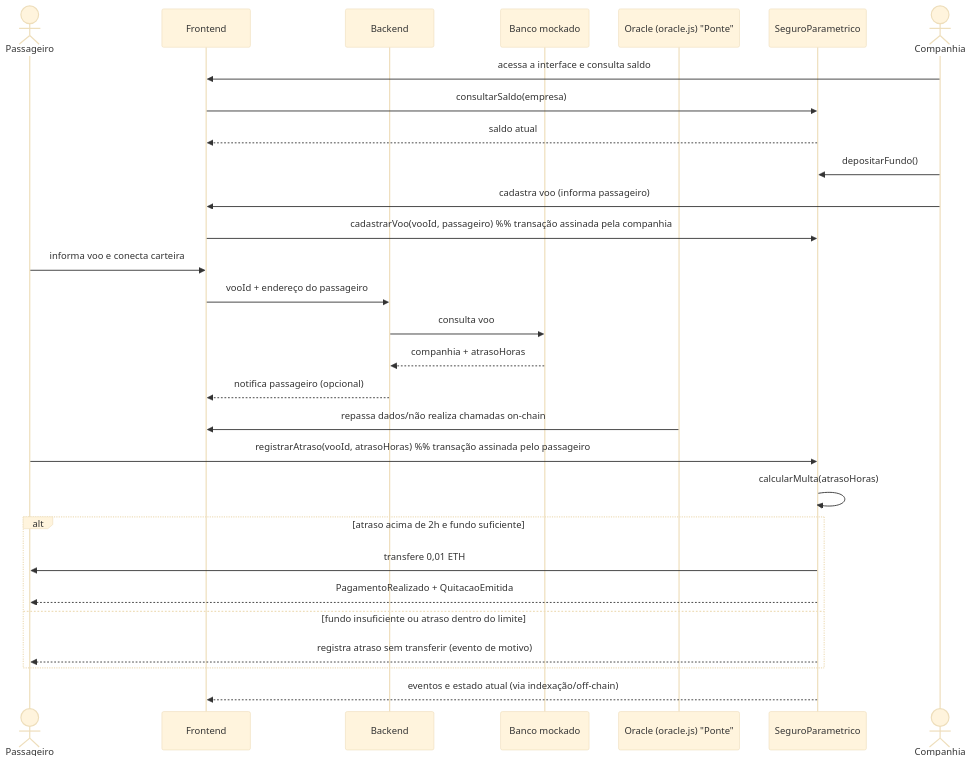
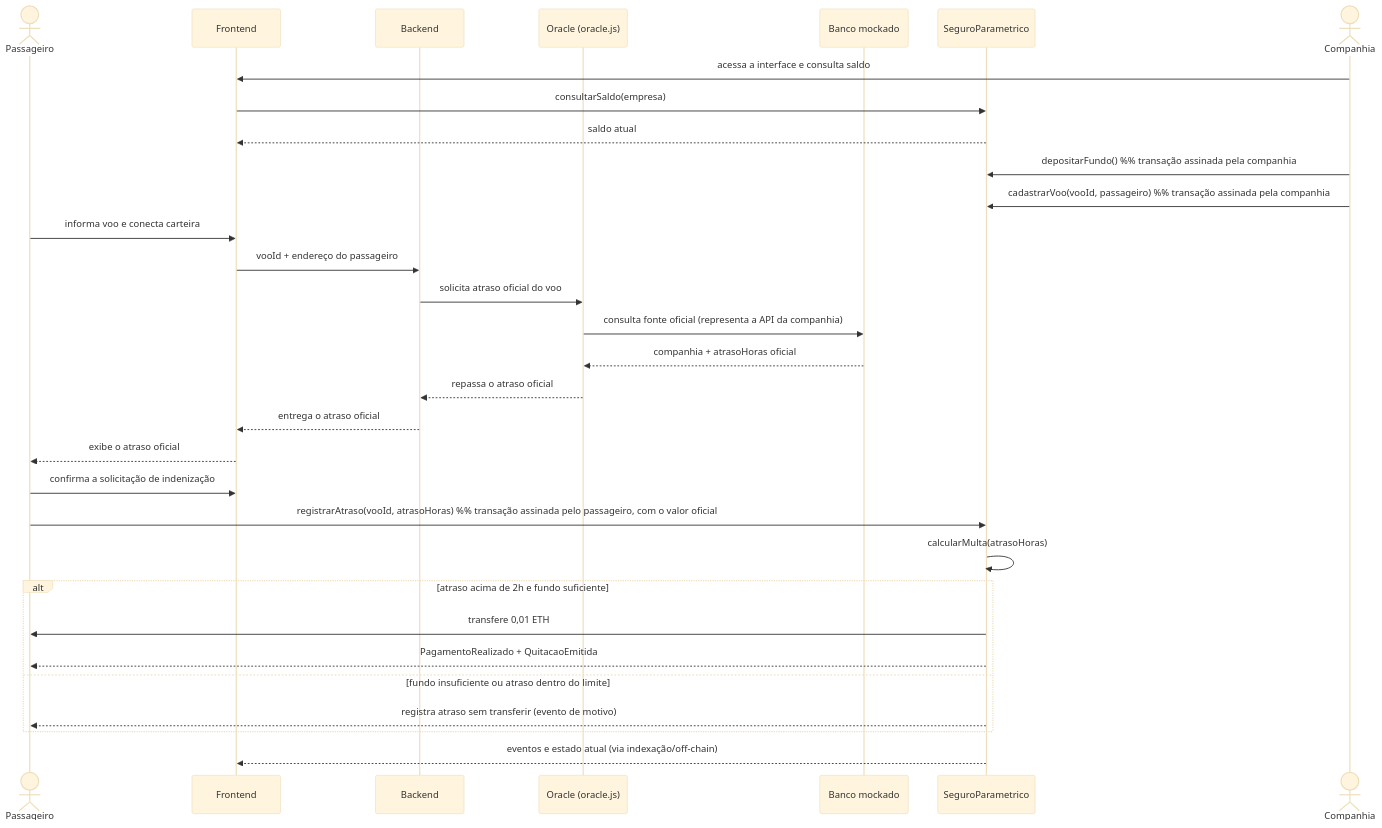
Before and after one commit to Joaogomesbrandao/AcordoInstant: the diagram in docs/arquitetura.md, drawn with Mermaid (base theme). The commit also changed other lines of this file and 6 other files, not shown here.

Commit message:
refactor oracle flow and decentralize on-chain interactions

````diff
--- a/docs/arquitetura.md
+++ b/docs/arquitetura.md
@@ -6,34 +6,37 @@
 ```mermaid
 sequenceDiagram
     actor Passageiro
     participant Frontend
     participant Backend
+    participant Oracle as Oracle (oracle.js)
     participant Mock as Banco mockado
-    participant Oracle as Oracle (oracle.js) "Ponte"
     participant Contrato as SeguroParametrico
     actor Companhia
 
     Companhia->>Frontend: acessa a interface e consulta saldo
     Frontend->>Contrato: consultarSaldo(empresa)
     Contrato-->>Frontend: saldo atual
-    Companhia->>Contrato: depositarFundo()
-    Companhia->>Frontend: cadastra voo (informa passageiro)
-    Frontend->>Contrato: cadastrarVoo(vooId, passageiro)  %% transação assinada pela companhia
+    Companhia->>Contrato: depositarFundo() %% transação assinada pela companhia
+    Companhia->>Contrato: cadastrarVoo(vooId, passageiro) %% transação assinada pela companhia
 
     Passageiro->>Frontend: informa voo e conecta carteira
     Frontend->>Backend: vooId + endereço do passageiro
-    Backend->>Mock: consulta voo
-    Mock-->>Backend: companhia + atrasoHoras
-    Backend-->>Frontend: notifica passageiro (opcional)
-    Oracle->>Frontend: repassa dados/não realiza chamadas on-chain
-    Passageiro->>Contrato: registrarAtraso(vooId, atrasoHoras) %% transação assinada pelo passageiro
+    Backend->>Oracle: solicita atraso oficial do voo
+    Oracle->>Mock: consulta fonte oficial (representa a API da companhia)
+    Mock-->>Oracle: companhia + atrasoHoras oficial
+    Oracle-->>Backend: repassa o atraso oficial
+    Backend-->>Frontend: entrega o atraso oficial
+    Frontend-->>Passageiro: exibe o atraso oficial
+
+    Passageiro->>Frontend: confirma a solicitação de indenização
+    Passageiro->>Contrato: registrarAtraso(vooId, atrasoHoras) %% transação assinada pelo passageiro, com o valor oficial
 
     Contrato->>Contrato: calcularMulta(atrasoHoras)
     alt atraso acima de 2h e fundo suficiente
         Contrato->>Passageiro: transfere 0,01 ETH
         Contrato-->>Passageiro: PagamentoRealizado + QuitacaoEmitida
     else fundo insuficiente ou atraso dentro do limite
         Contrato-->>Passageiro: registra atraso sem transferir (evento de motivo)
     end
     Contrato-->>Frontend: eventos e estado atual (via indexação/off-chain)
 ```
````
